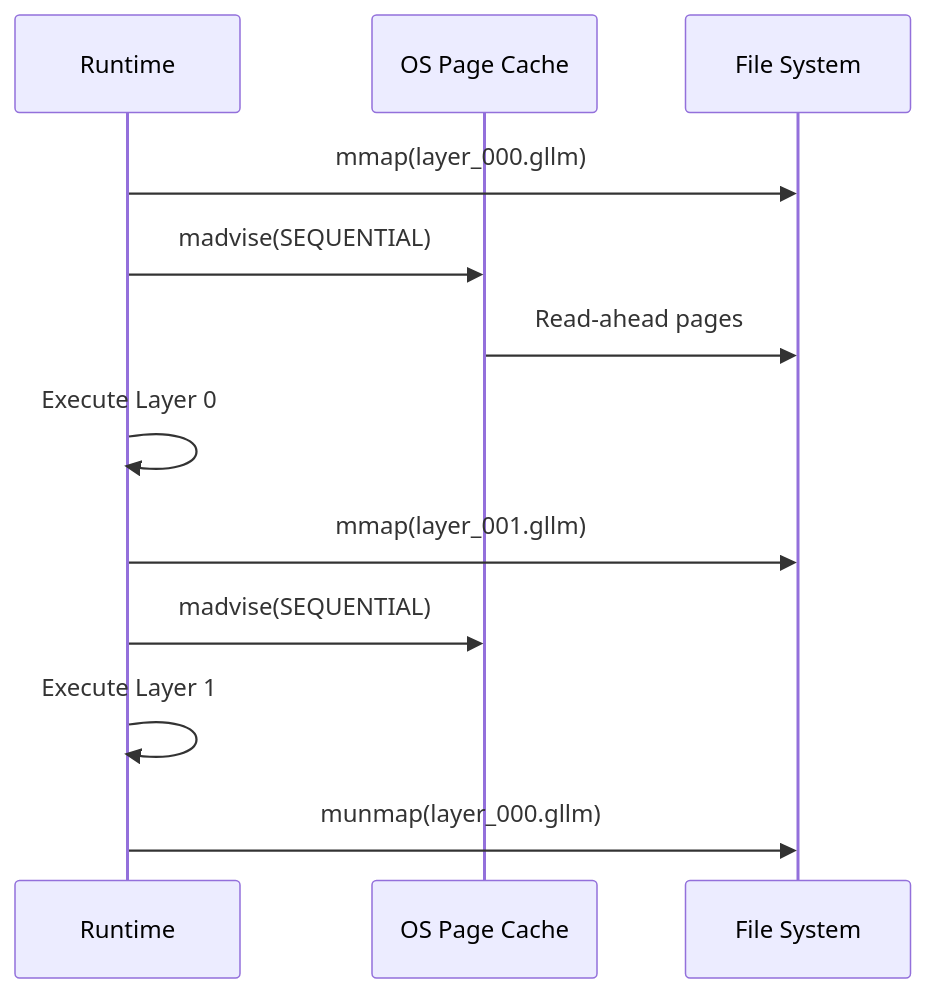
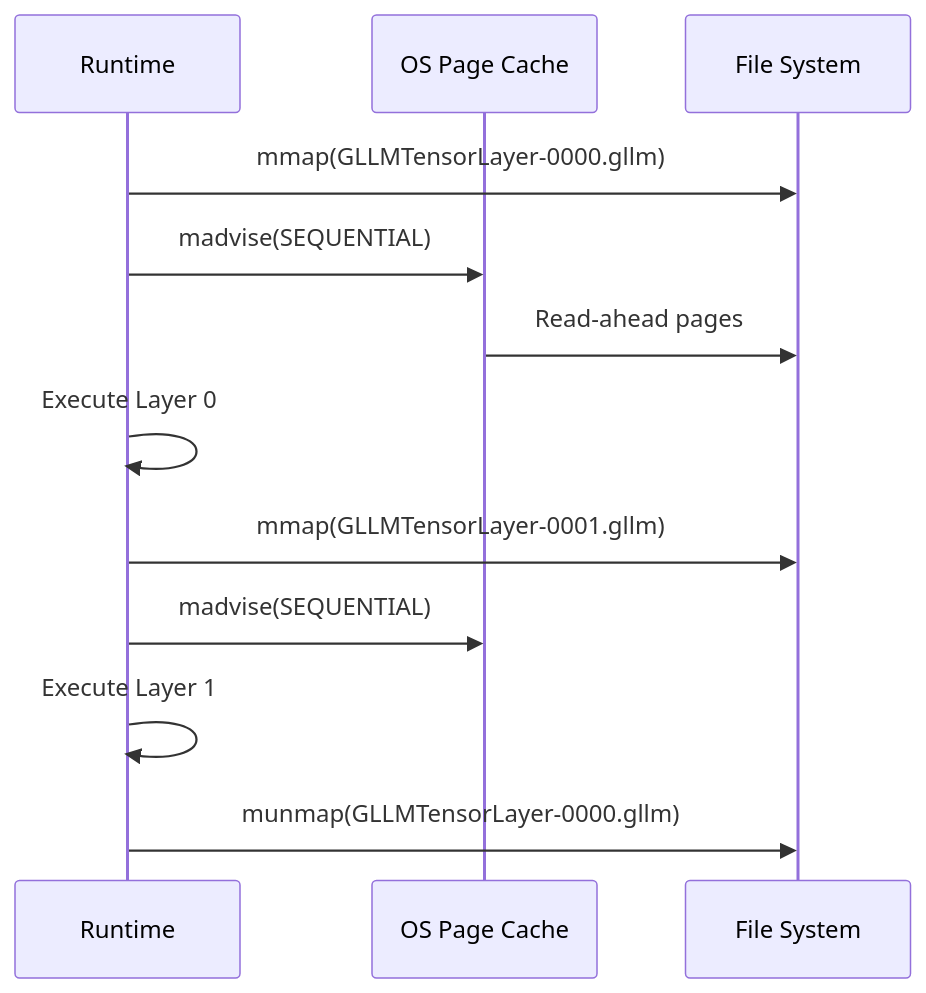
Before and after one commit to gwenland-org/gwenland-ai: the second of 5 diagrams in architecture/GLLM_ARTX/ARTX5_Runtime_Architecture.md, drawn with Mermaid. The commit also changed other lines of this file and 22 other files, not shown here.

````diff
--- a/architecture/GLLM_ARTX/ARTX5_Runtime_Architecture.md
+++ b/architecture/GLLM_ARTX/ARTX5_Runtime_Architecture.md
@@ -100,14 +100,14 @@
 ```mermaid
 sequenceDiagram
     participant R as Runtime
     participant OS as OS Page Cache
     participant FS as File System
-    R->>FS: mmap(layer_000.gllm)
+    R->>FS: mmap(GLLMTensorLayer-0000.gllm)
     R->>OS: madvise(SEQUENTIAL)
     OS->>FS: Read-ahead pages
     R->>R: Execute Layer 0
-    R->>FS: mmap(layer_001.gllm)
+    R->>FS: mmap(GLLMTensorLayer-0001.gllm)
     R->>OS: madvise(SEQUENTIAL)
     R->>R: Execute Layer 1
-    R->>FS: munmap(layer_000.gllm)
+    R->>FS: munmap(GLLMTensorLayer-0000.gllm)
 ```
````
